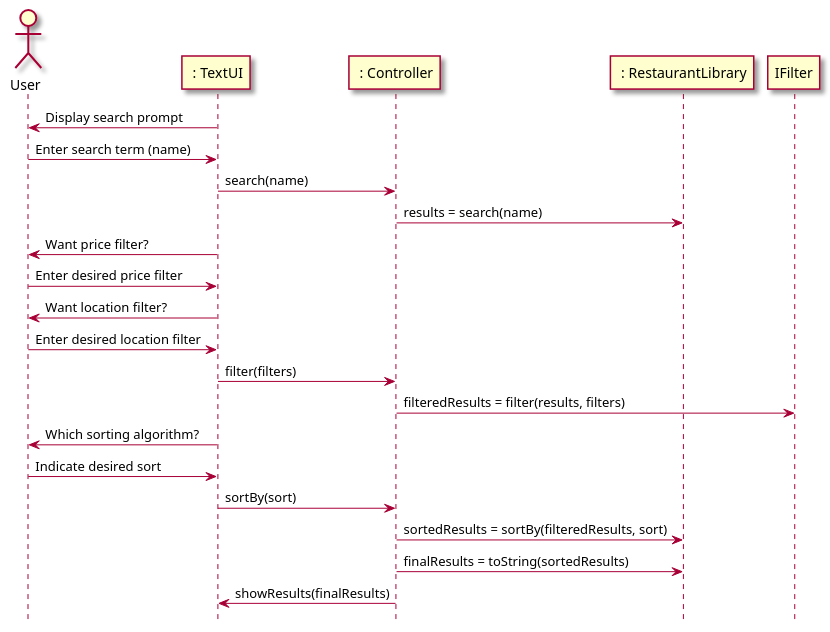
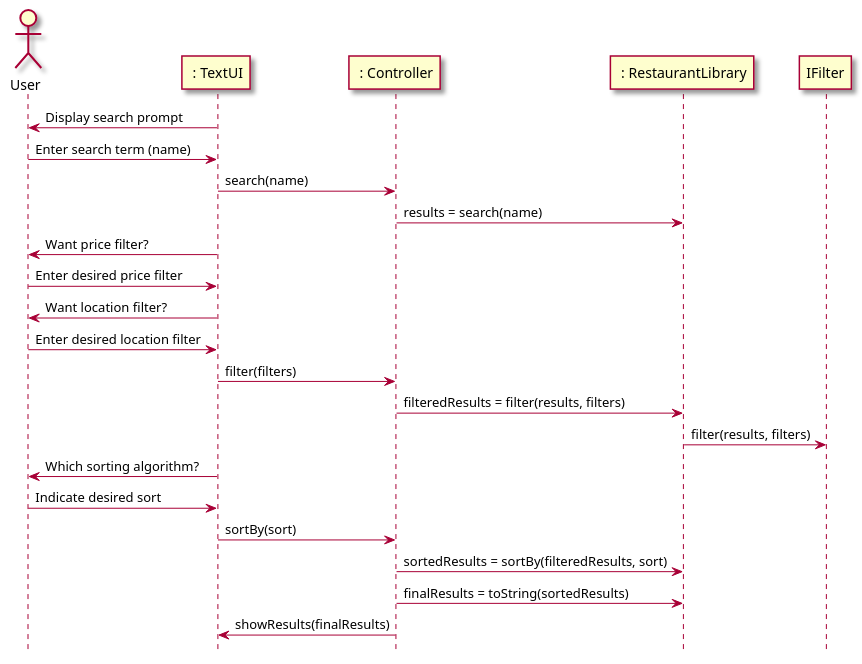
Before and after one commit to tanwasp/LunchBox-Android: the first of 2 diagrams in intellij/doc/design.md, drawn with PlantUML. The commit also changed other lines of this file, not shown here.

Commit message:
Retrieve code start

````diff
--- a/intellij/doc/design.md
+++ b/intellij/doc/design.md
@@ -3,29 +3,31 @@
 ```plantuml
 @startuml
 hide footbox
 skin rose
 
 actor User as user
 participant " : TextUI" as ui
 participant " : Controller" as controller
 participant " : RestaurantLibrary" as lib
+participant "IFilter" as filter
 
 ui -> user : Display search prompt
 user -> ui : Enter search term (name)
 ui -> controller : search(name)
 controller -> lib : results = search(name)
 ui -> user : Want price filter?
 user -> ui : Enter desired price filter
 ui -> user : Want location filter?
 user -> ui : Enter desired location filter
 ui -> controller : filter(filters)
-controller -> IFilter : filteredResults = filter(results, filters)
+controller -> lib : filteredResults = filter(results, filters)
+lib -> filter : filter(results, filters)
 ui -> user : Which sorting algorithm?
 user -> ui : Indicate desired sort
 ui -> controller : sortBy(sort)
 controller -> lib : sortedResults = sortBy(filteredResults, sort)
 controller -> lib : finalResults = toString(sortedResults)
 controller -> ui : showResults(finalResults)
 
 @enduml
 ```
````
